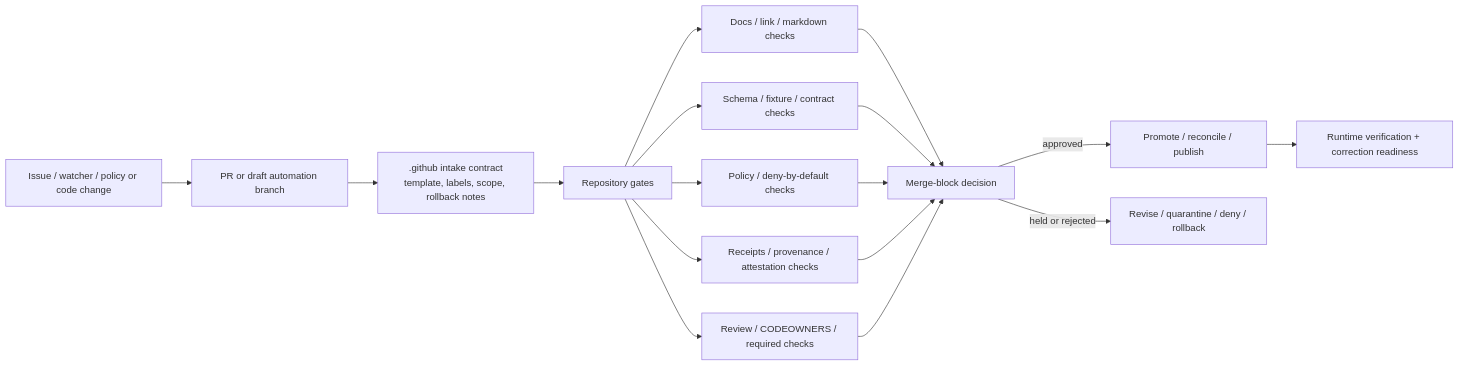
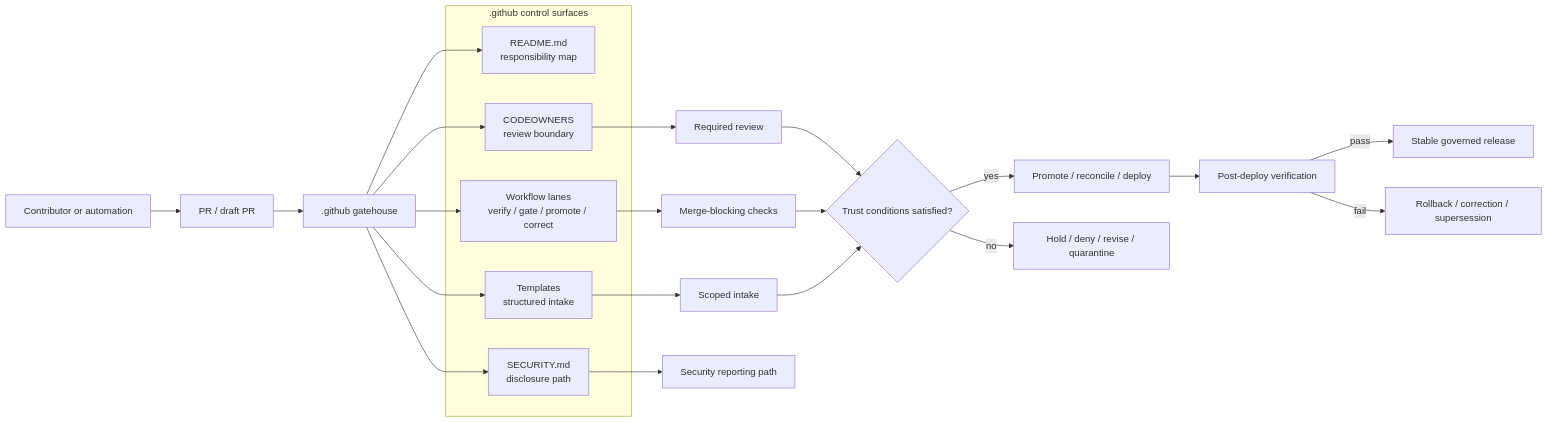
One commit to bartytime4life/Kansas-Frontier-Matrix changed the diagram in .github/README.md. Above: the diagram before and after it, drawn with Mermaid. The commit also changed other lines of this file, not shown here.

````diff
--- a/.github/README.md
+++ b/.github/README.md
@@ -205,19 +225,35 @@
 ```mermaid
 flowchart LR
-    A[Issue / watcher / policy or code change] --> B[PR or draft automation branch]
-    B --> C[.github intake contract<br/>template, labels, scope, rollback notes]
-    C --> D[Repository gates]
-    D --> D1[Docs / link / markdown checks]
-    D --> D2[Schema / fixture / contract checks]
-    D --> D3[Policy / deny-by-default checks]
-    D --> D4[Receipts / provenance / attestation checks]
-    D --> D5[Review / CODEOWNERS / required checks]
-    D1 --> E[Merge-block decision]
-    D2 --> E
-    D3 --> E
-    D4 --> E
-    D5 --> E
-    E -->|approved| F[Promote / reconcile / publish]
-    E -->|held or rejected| G[Revise / quarantine / deny / rollback]
-    F --> H[Runtime verification + correction readiness]
+    A[Contributor or automation] --> B[PR / draft PR]
+    B --> C[.github gatehouse]
+
+    subgraph G[".github control surfaces"]
+      G1["README.md<br/>responsibility map"]
+      G2["CODEOWNERS<br/>review boundary"]
+      G3["Workflow lanes<br/>verify / gate / promote / correct"]
+      G4["Templates<br/>structured intake"]
+      G5["SECURITY.md<br/>disclosure path"]
+    end
+
+    C --> G1
+    C --> G2
+    C --> G3
+    C --> G4
+    C --> G5
+
+    G2 --> H[Required review]
+    G3 --> I[Merge-blocking checks]
+    G4 --> J[Scoped intake]
+    G5 --> K[Security reporting path]
+
+    H --> L{Trust conditions satisfied?}
+    I --> L
+    J --> L
+
+    L -->|yes| M[Promote / reconcile / deploy]
+    L -->|no| N[Hold / deny / revise / quarantine]
+
+    M --> O[Post-deploy verification]
+    O -->|pass| P[Stable governed release]
+    O -->|fail| Q[Rollback / correction / supersession]
 ```
````
